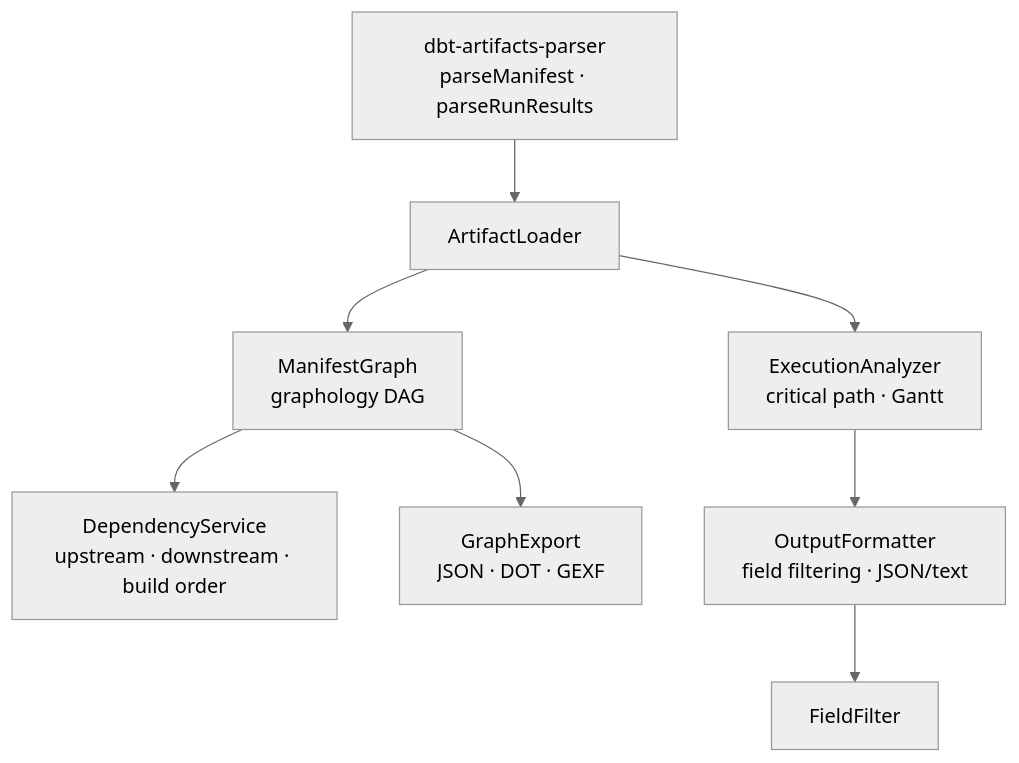
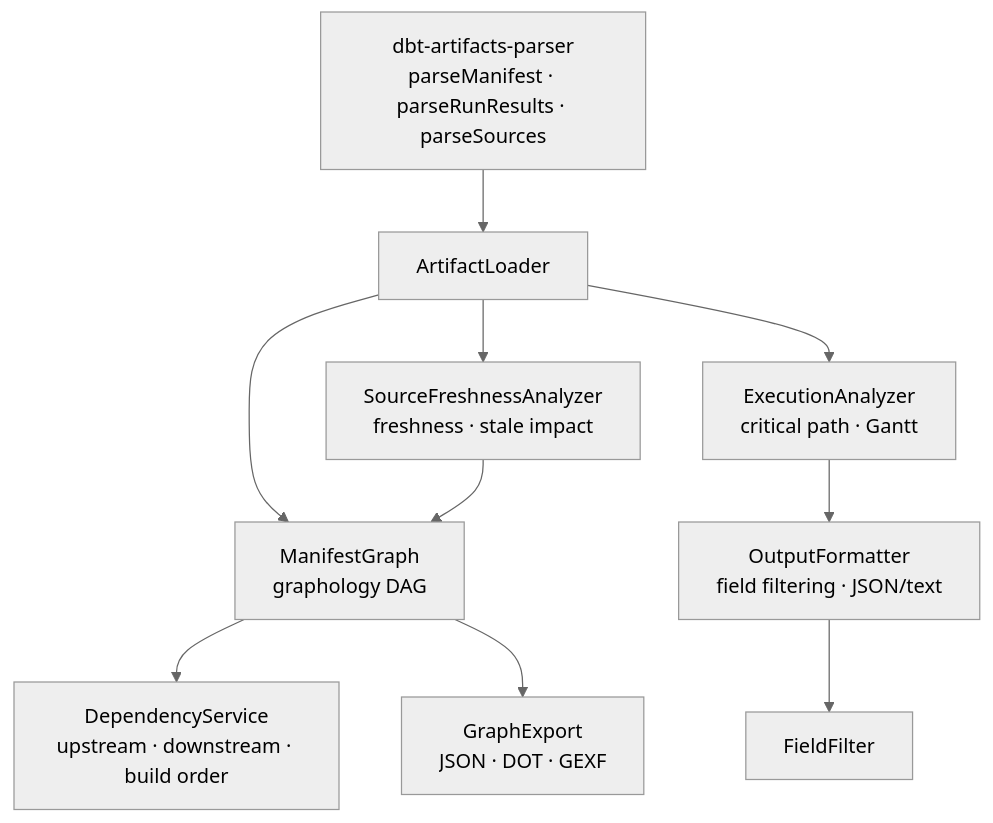
The diagram in packages/dbt-tools/core/README.md (yu-iskw/dbt-artifacts-parser-ts), drawn with Mermaid (neutral theme) before and after one commit. The commit also changed other lines of this file and 13 other files, not shown here.

First line of the commit message:
feat: add first-class sources.json intelligence for dbt-tools (Phase 2)

````diff
--- a/packages/dbt-tools/core/README.md
+++ b/packages/dbt-tools/core/README.md
@@ -9,11 +9,13 @@
 ```mermaid
 graph TD
-  AF["dbt-artifacts-parser\nparseManifest · parseRunResults"]
+  AF["dbt-artifacts-parser\nparseManifest · parseRunResults · parseSources"]
   AF --> AL["ArtifactLoader"]
   AL --> MG["ManifestGraph\ngraphology DAG"]
   AL --> EA["ExecutionAnalyzer\ncritical path · Gantt"]
+  AL --> SFA["SourceFreshnessAnalyzer\nfreshness · stale impact"]
   MG --> DS["DependencyService\nupstream · downstream · build order"]
   MG --> GE["GraphExport\nJSON · DOT · GEXF"]
+  SFA --> MG
   EA --> OF["OutputFormatter\nfield filtering · JSON/text"]
   OF --> FF["FieldFilter"]
 ```
````
